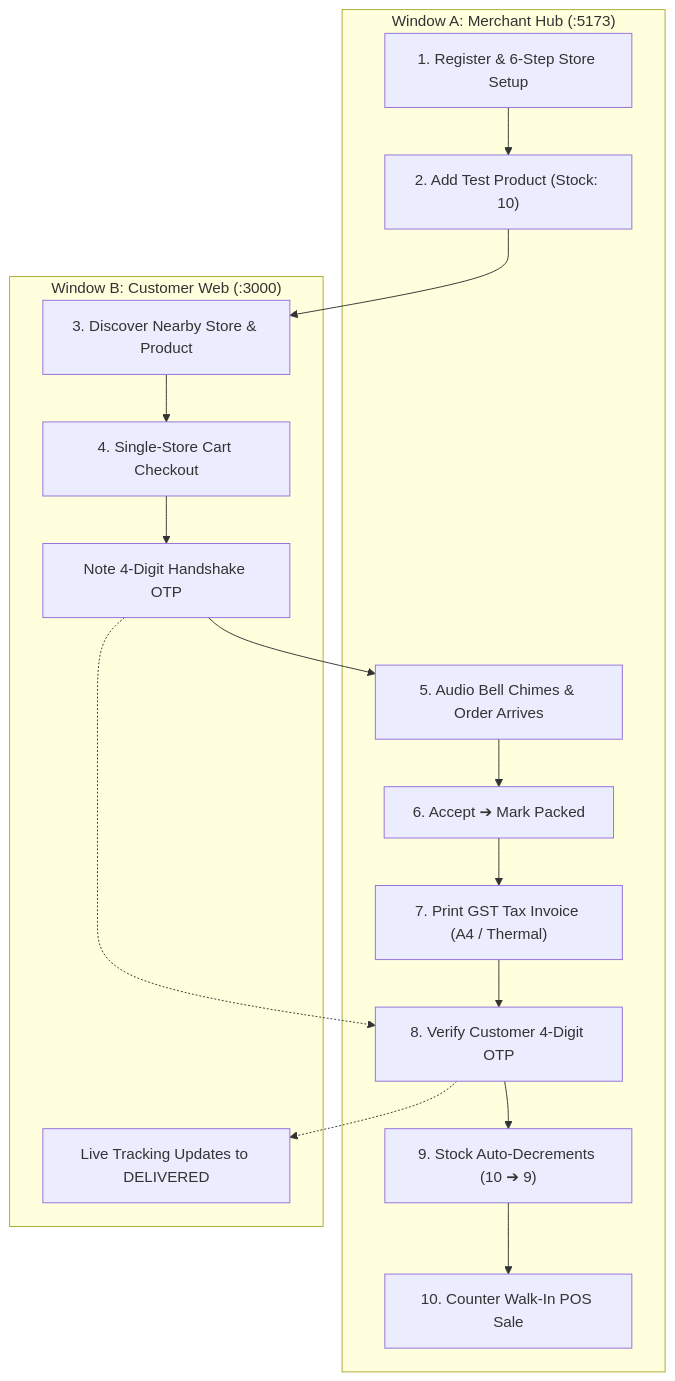
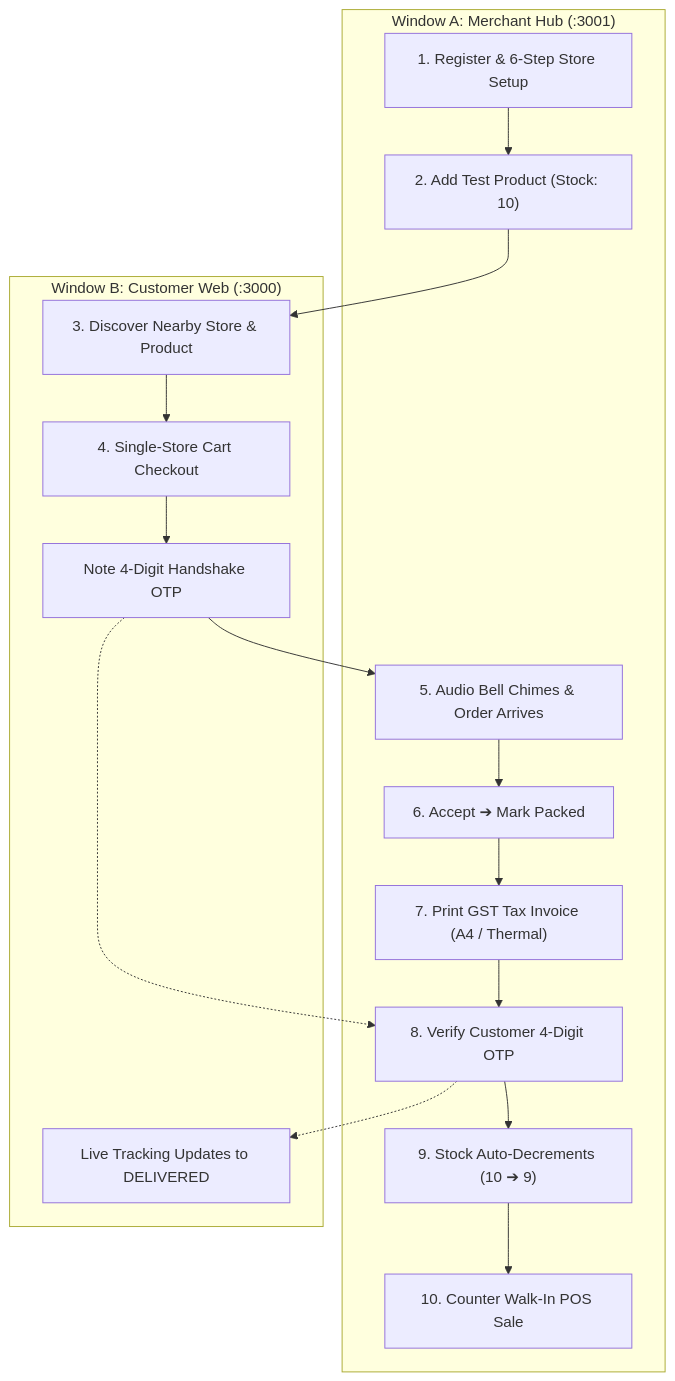
One commit to UtkarshShrivastava1/viztore changed the diagram in MANUAL_END_TO_END_TESTING_GUIDE.md. Above: the diagram before and after it, drawn with Mermaid. The commit also changed other lines of this file, not shown here.

Commit message:
docs: update merchant portal port to 3001 in manual testing guide

````diff
--- a/MANUAL_END_TO_END_TESTING_GUIDE.md
+++ b/MANUAL_END_TO_END_TESTING_GUIDE.md
@@ -32,25 +32,25 @@
 ```mermaid
 flowchart TD
-    subgraph Merchant_Flow["Window A: Merchant Hub (:5173)"]
+    subgraph Merchant_Flow["Window A: Merchant Hub (:3001)"]
         M1["1. Register & 6-Step Store Setup"]
         M2["2. Add Test Product (Stock: 10)"]
         M3["5. Audio Bell Chimes & Order Arrives"]
         M4["6. Accept ➔ Mark Packed"]
         M5["7. Print GST Tax Invoice (A4 / Thermal)"]
         M6["8. Verify Customer 4-Digit OTP"]
         M7["9. Stock Auto-Decrements (10 ➔ 9)"]
         M8["10. Counter Walk-In POS Sale"]
     end
 
     subgraph Customer_Flow["Window B: Customer Web (:3000)"]
         C1["3. Discover Nearby Store & Product"]
         C2["4. Single-Store Cart Checkout"]
         C3["Note 4-Digit Handshake OTP"]
         C4["Live Tracking Updates to DELIVERED"]
     end
 
     M1 --> M2 --> C1 --> C2 --> C3 --> M3 --> M4 --> M5 --> M6 --> M7
     C3 -.-> M6
     M6 -.-> C4
     M7 --> M8
 ```
````
